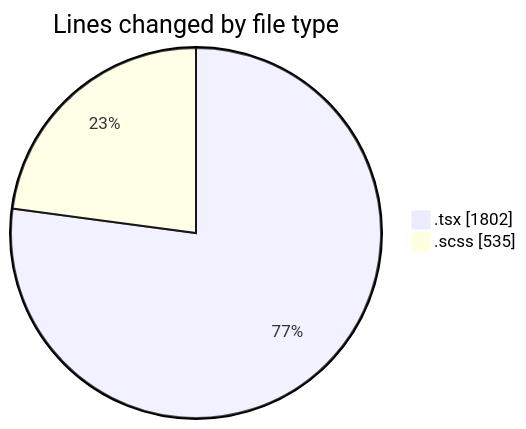
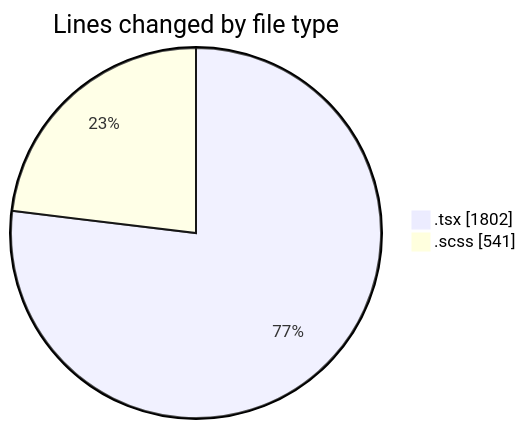
One commit to momahboobian/code-tracking changed the first of 2 diagrams in 2025-10-03/cda/README.md. Above: the diagram before and after it, drawn with Mermaid. The commit also changed other lines of this file and 1 other file, not shown here.

````diff
--- a/2025-10-03/cda/README.md
+++ b/2025-10-03/cda/README.md
@@ -24,6 +24,6 @@
 ```mermaid
 pie showData
 title Lines changed by file type
 ".tsx" : 1802
-".scss" : 535
+".scss" : 541
 ```
````
